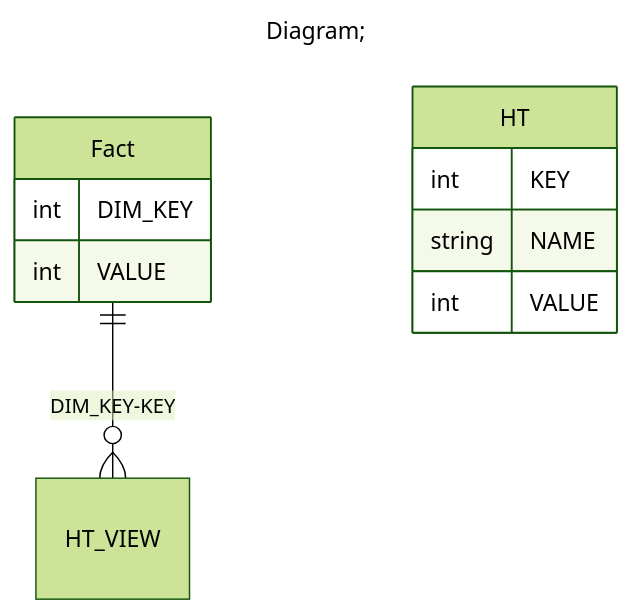
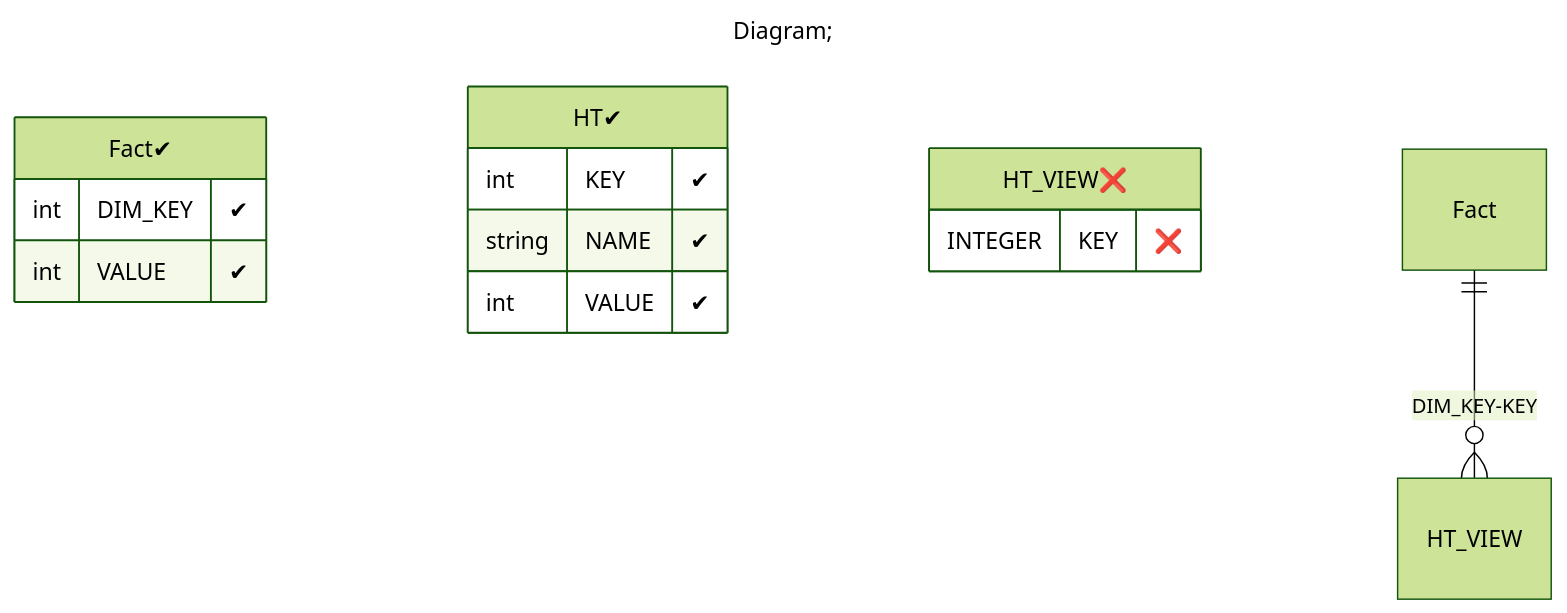
One commit to xmla-services/workground changed the third of 3 diagrams in demo/server/catalogs/tutorial_18_Cube_with_share_dimension_with_view_reference/README.MD. Above: the diagram before and after it, drawn with Mermaid (forest theme). The commit also changed 44 other files, not shown here.

Commit message:
tutorials. add flags (positive, negative) in database diagram Signed-off-by: dbulahov <bulahovdenis@gmail.com>

````diff
--- a/demo/server/catalogs/tutorial_18_Cube_with_share_dimension_with_view_reference/README.MD
+++ b/demo/server/catalogs/tutorial_18_Cube_with_share_dimension_with_view_reference/README.MD
@@ -108,17 +108,20 @@
 ```mermaid
 ---
 title: Diagram;
 ---
 erDiagram
-Fact{
-int DIM_KEY
-int VALUE
+"Fact✔"{
+int DIM_KEY "✔"
+int VALUE "✔"
 }
-HT{
-int KEY
-string NAME
-int VALUE
+"HT✔"{
+int KEY "✔"
+string NAME "✔"
+int VALUE "✔"
+}
+"HT_VIEW❌"{
+INTEGER KEY "❌"
 }
 
 "Fact" ||--o{ "HT_VIEW" : "DIM_KEY-KEY"
 ```
````
